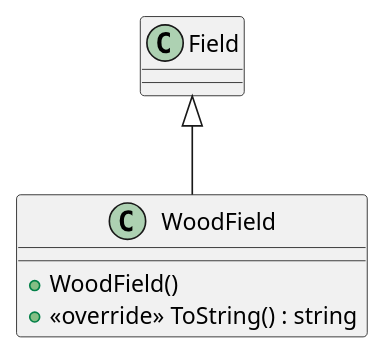
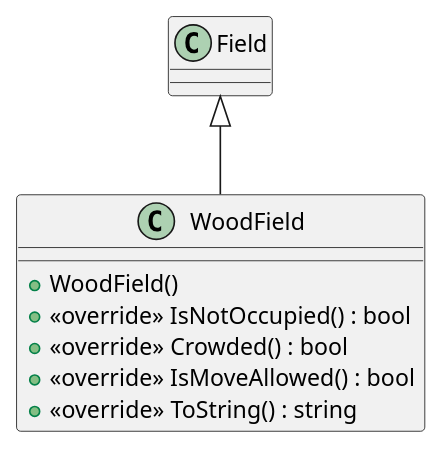
One commit to Evert-Arends/barricadegameModel3 changed the diagram in Barricade/Models/WoodField.puml. Above: the diagram before and after it, drawn with PlantUML. The commit also changed 21 other files, not shown here.

```diff
--- a/Barricade/Models/WoodField.puml
+++ b/Barricade/Models/WoodField.puml
@@ -1,7 +1,10 @@
 @startuml
 class WoodField {
     + WoodField()
+    + <<override>> IsNotOccupied() : bool
+    + <<override>> Crowded() : bool
+    + <<override>> IsMoveAllowed() : bool
     + <<override>> ToString() : string
 }
 Field <|-- WoodField
 @enduml
```
